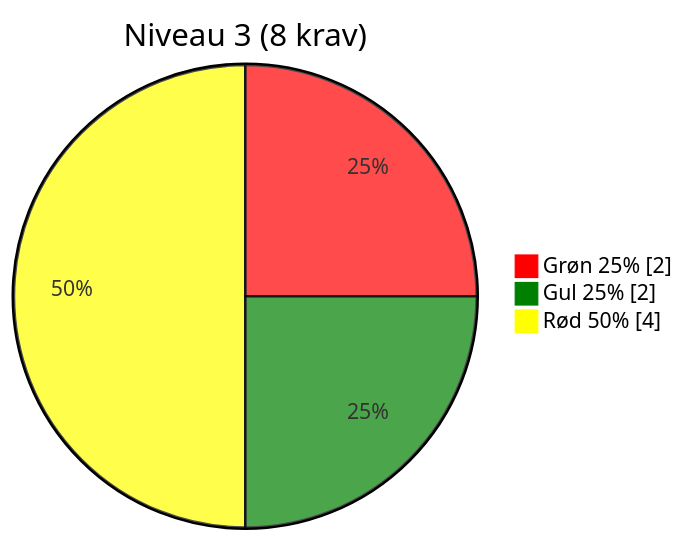
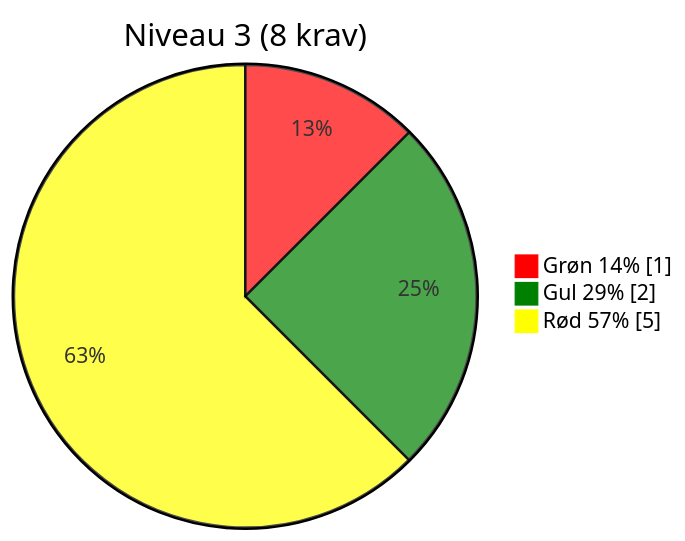
The fourth of 5 diagrams in 2025-09-audits/os2autoproces_assessment_2025-09-05.md (OS2offdig/os2-product-audits), drawn with Mermaid before and after one commit. The commit also changed other lines of this file, not shown here.

Commit message:
Update percents and added pie charts

````diff
--- a/2025-09-audits/os2autoproces_assessment_2025-09-05.md
+++ b/2025-09-audits/os2autoproces_assessment_2025-09-05.md
@@ -161,10 +160,10 @@
 ```mermaid
 %%{init: {"themeVariables": {
   "pie2": "#008000", "pie3": "#FFFF00", "pie1": "#FF0000"
 }}}%%
 pie showData
   title Niveau 3 (8 krav)
-  "Grøn 25%" : 2
-  "Gul 25%"  : 2
-  "Rød 50%"  : 4
+  "Grøn 14%" : 1
+  "Gul 29%"  : 2
+  "Rød 57%"  : 5
 ```
````
